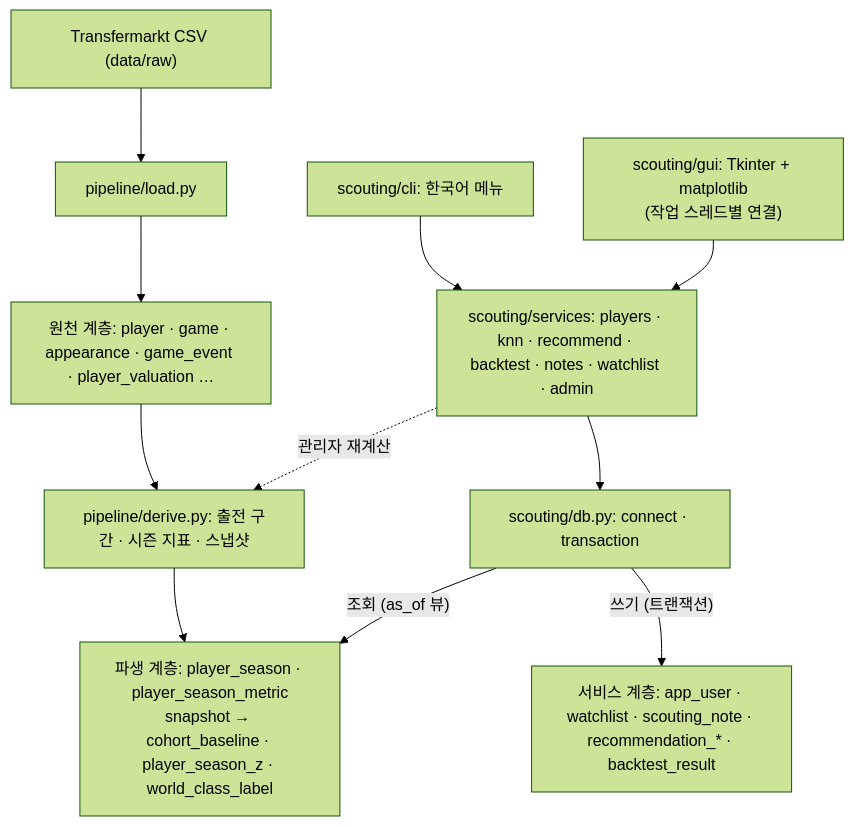
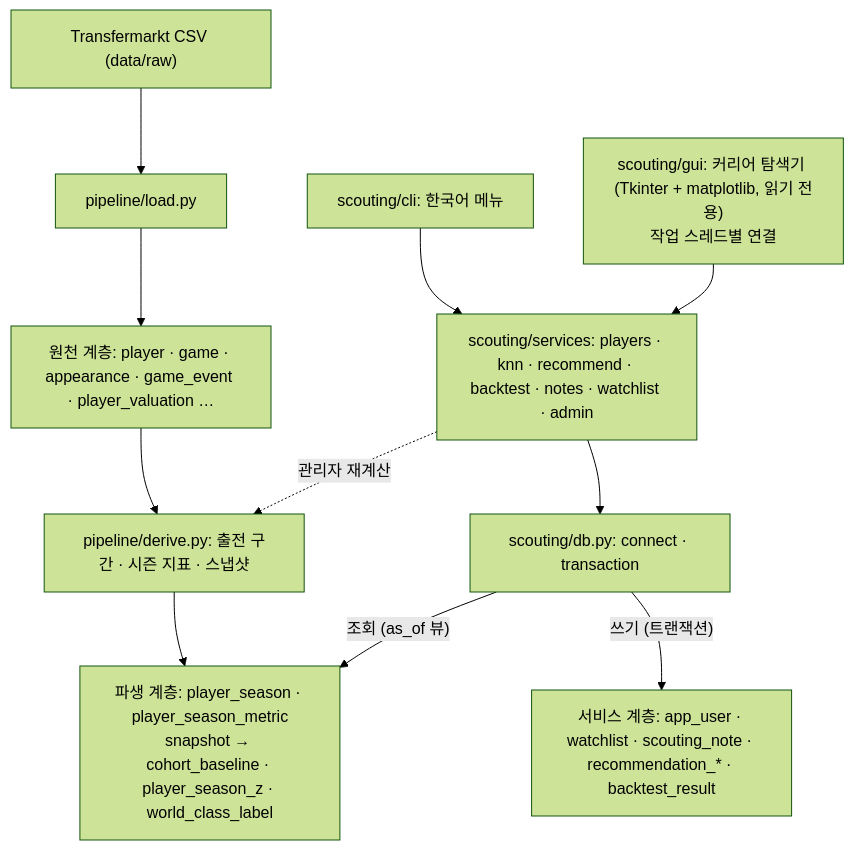
One commit to wobeen/DB_TermProject changed the diagram in README.md. Above: the diagram before and after it, drawn with Mermaid (forest theme). The commit also changed other lines of this file and 27 other files, not shown here.

````diff
--- a/README.md
+++ b/README.md
@@ -121,13 +124,13 @@
 ```mermaid
 flowchart TB
   TM["Transfermarkt CSV (data/raw)"] --> LOAD["pipeline/load.py"]
   LOAD --> CORE["원천 계층: player · game · appearance · game_event · player_valuation …"]
   CORE --> DERIVE["pipeline/derive.py: 출전 구간 · 시즌 지표 · 스냅샷"]
   DERIVE --> DER["파생 계층: player_season · player_season_metric<br/>snapshot → cohort_baseline · player_season_z · world_class_label"]
   CLI["scouting/cli: 한국어 메뉴"] --> SVC["scouting/services: players · knn · recommend · backtest · notes · watchlist · admin"]
-  GUI["scouting/gui: Tkinter + matplotlib<br/>(작업 스레드별 연결)"] --> SVC
+  GUI["scouting/gui: 커리어 탐색기 (Tkinter + matplotlib, 읽기 전용)<br/>작업 스레드별 연결"] --> SVC
   SVC --> CONN["scouting/db.py: connect · transaction"]
   CONN -->|"조회 (as_of 뷰)"| DER
   CONN -->|"쓰기 (트랜잭션)"| APP["서비스 계층: app_user · watchlist · scouting_note · recommendation_* · backtest_result"]
   SVC -.->|"관리자 재계산"| DERIVE
 ```
````
